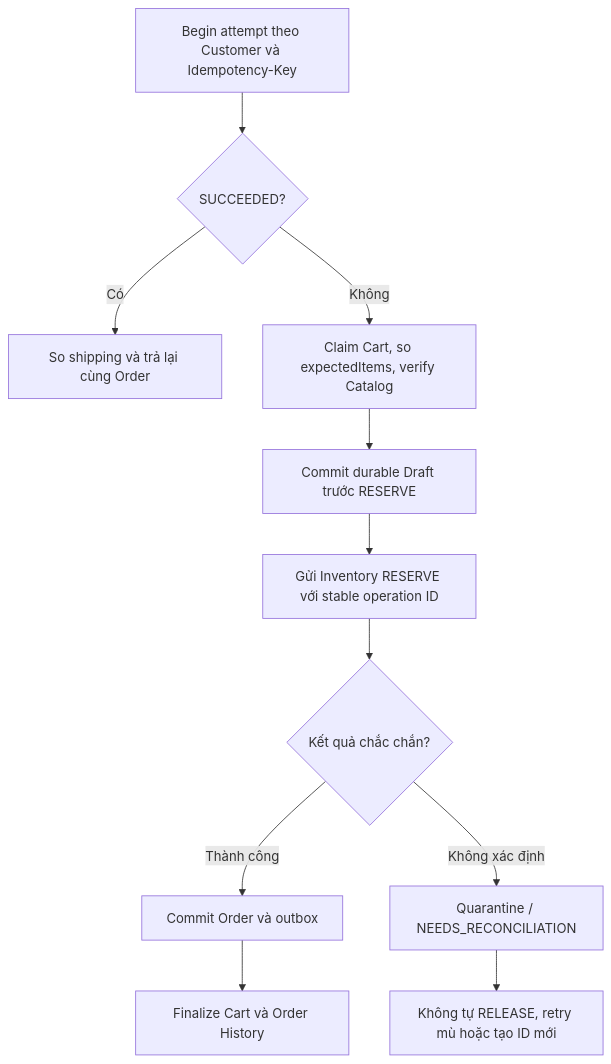
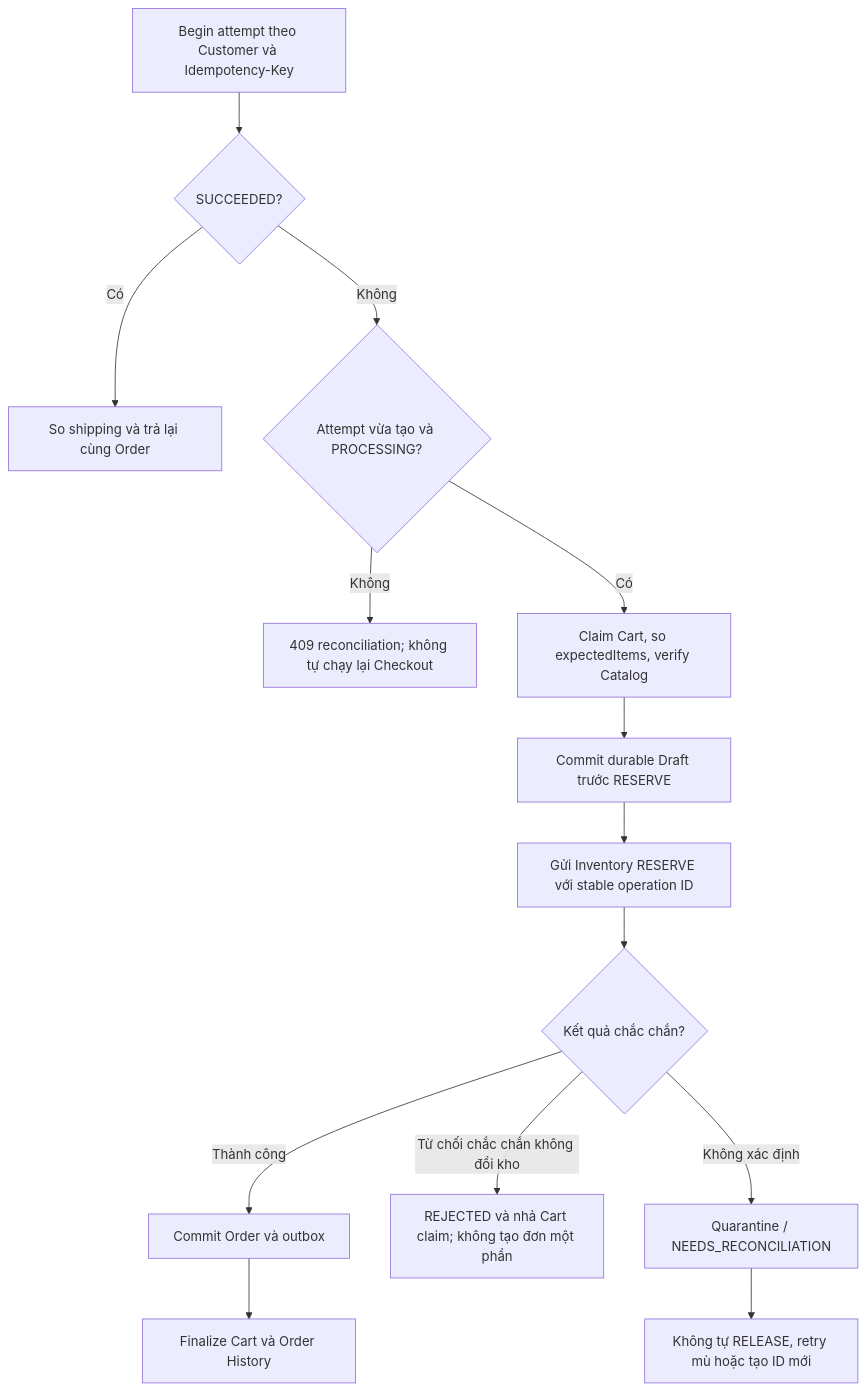
Before and after one commit to duyxl56785/Project_HK5: the second of 2 diagrams in docs/project-report/tv3/CHECKOUT.md, drawn with Mermaid. The commit also changed other lines of this file and 11 other files, not shown here.

````diff
--- a/docs/project-report/tv3/CHECKOUT.md
+++ b/docs/project-report/tv3/CHECKOUT.md
@@ -59,13 +63,16 @@
 ```mermaid
 flowchart TD
     A[Begin attempt theo Customer và Idempotency-Key] --> B{SUCCEEDED?}
     B -- Có --> C[So shipping và trả lại cùng Order]
-    B -- Không --> D[Claim Cart, so expectedItems, verify Catalog]
+    B -- Không --> N{Attempt vừa tạo và PROCESSING?}
+    N -- Không --> R[409 reconciliation; không tự chạy lại Checkout]
+    N -- Có --> D[Claim Cart, so expectedItems, verify Catalog]
     D --> E[Commit durable Draft trước RESERVE]
     E --> F[Gửi Inventory RESERVE với stable operation ID]
     F --> G{Kết quả chắc chắn?}
     G -- Thành công --> H[Commit Order và outbox]
+    G -- Từ chối chắc chắn không đổi kho --> Q[REJECTED và nhả Cart claim; không tạo đơn một phần]
     H --> I[Finalize Cart và Order History]
     G -- Không xác định --> J[Quarantine / NEEDS_RECONCILIATION]
     J --> K[Không tự RELEASE, retry mù hoặc tạo ID mới]
 ```
````
